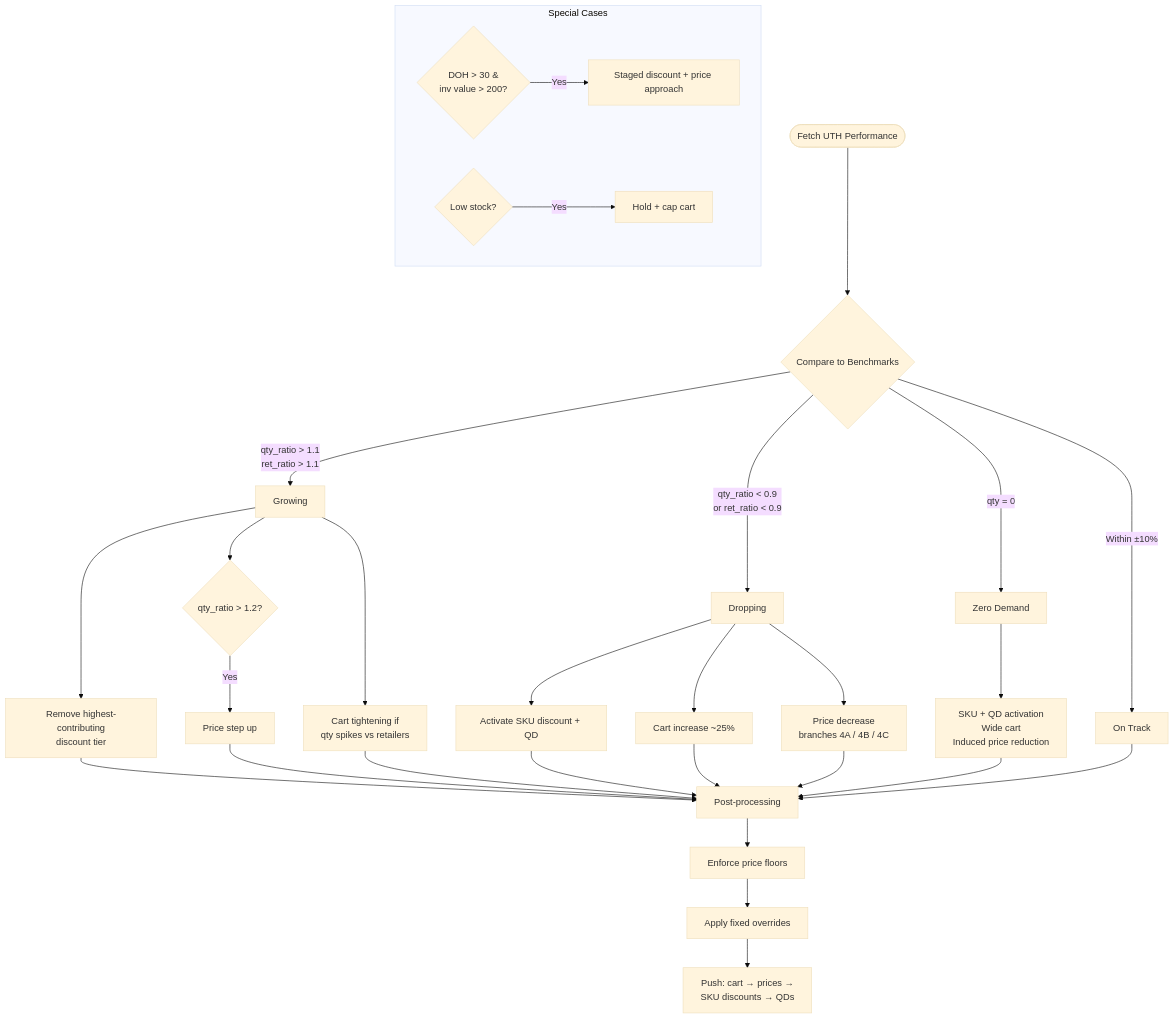
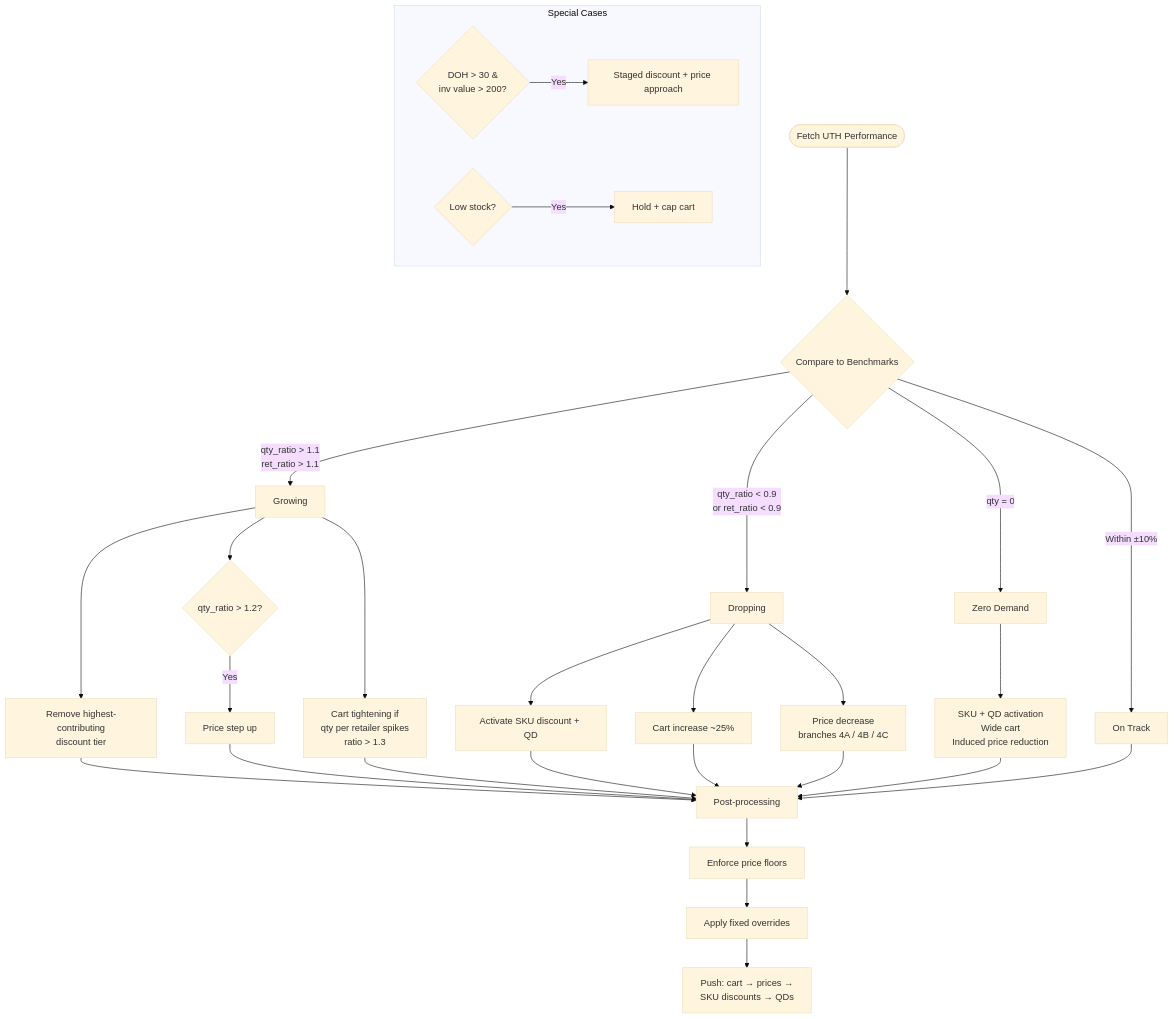
Before and after one commit to Maxab-Growth/Mustafa: the fourth of 6 diagrams in README.md, drawn with Mermaid (base theme). The commit also changed other lines of this file and 6 other files, not shown here.

First line of the commit message:
Align retailer logic: P70→P80, ratio thresholds in M4, cart tightening on qty/retailer

````diff
--- a/README.md
+++ b/README.md
@@ -162,33 +162,33 @@
 ```mermaid
 flowchart TD
     UTH([Fetch UTH Performance]) --> CMP{Compare to Benchmarks}
     CMP -->|qty_ratio > 1.1<br/>ret_ratio > 1.1| GR[Growing]
     CMP -->|Within ±10%| OT[On Track]
     CMP -->|qty_ratio < 0.9<br/>or ret_ratio < 0.9| DR[Dropping]
     CMP -->|qty = 0| ZD[Zero Demand]
 
     GR --> GR1[Remove highest-contributing<br/>discount tier]
     GR --> GR2{qty_ratio > 1.2?}
     GR2 -->|Yes| GR3[Price step up]
-    GR --> GR4[Cart tightening if<br/>qty spikes vs retailers]
+    GR --> GR4[Cart tightening if<br/>qty per retailer spikes<br/>ratio > 1.3]
 
     DR --> DR1[Activate SKU discount + QD]
     DR --> DR2[Cart increase ~25%]
     DR --> DR3[Price decrease<br/>branches 4A / 4B / 4C]
 
     ZD --> ZD1[SKU + QD activation<br/>Wide cart<br/>Induced price reduction]
 
     GR1 & GR3 & GR4 & DR1 & DR2 & DR3 & ZD1 --> POST[Post-processing]
     OT --> POST
 
     POST --> FLOOR[Enforce price floors]
     FLOOR --> FIX[Apply fixed overrides]
     FIX --> PUSH[Push: cart → prices →<br/>SKU discounts → QDs]
 
     subgraph Special Cases
         HDOH{DOH > 30 &<br/>inv value > 200?}
         HDOH -->|Yes| STAGED[Staged discount + price approach]
         LOWS{Low stock?}
         LOWS -->|Yes| CAPS[Hold + cap cart]
     end
 ```
````
